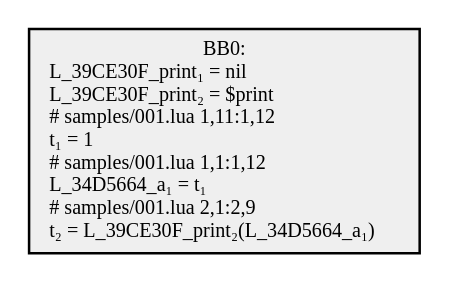
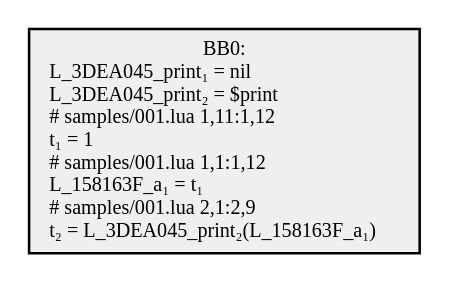
Before and after one commit to GGG-KILLER/SimpleCompiler: the diagram in src/SimpleCompiler.Cli/samples/obj/001.1.dot, drawn with Graphviz. The commit also changed 26 other files, not shown here.

```diff
--- a/src/SimpleCompiler.Cli/samples/obj/001.1.dot
+++ b/src/SimpleCompiler.Cli/samples/obj/001.1.dot
@@ -1,5 +1,5 @@
 digraph {
   node[shape=box style=filled fontsize=8 fontname="Cascadia Code" fillcolor="#efefef"];
-  BB0 [label="BB0:\nL_39CE30F_print₁ = nil\lL_39CE30F_print₂ = $print\l# samples/001.lua 1,11:1,12\lt₁ = 1\l# samples/001.lua 1,1:1,12\lL_34D5664_a₁ = t₁\l# samples/001.lua 2,1:2,9\lt₂ = L_39CE30F_print₂(L_34D5664_a₁)\l"];
+  BB0 [label="BB0:\nL_3DEA045_print₁ = nil\lL_3DEA045_print₂ = $print\l# samples/001.lua 1,11:1,12\lt₁ = 1\l# samples/001.lua 1,1:1,12\lL_158163F_a₁ = t₁\l# samples/001.lua 2,1:2,9\lt₂ = L_3DEA045_print₂(L_158163F_a₁)\l"];
 
 }
```
